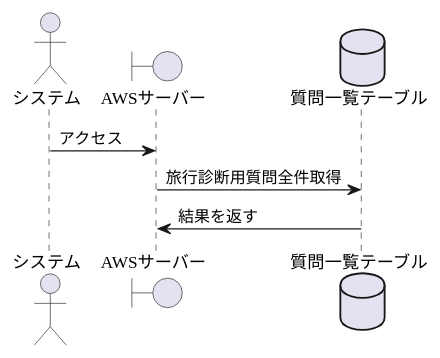
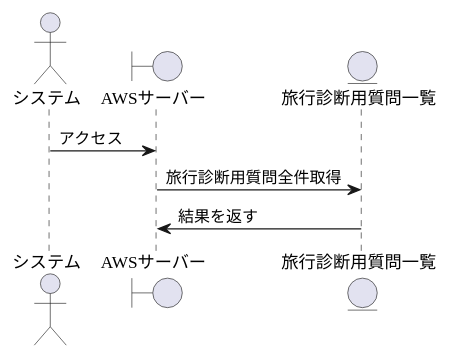
One commit to teamack20172020/sotukenTest changed the diagram in 設計書/シーケンス図/済：システム1：質問一覧をDBから取得する.pu. Above: the diagram before and after it, drawn with PlantUML.

Commit message:
質問一覧をDBから取得するのシーケンス図修正

```diff
--- a/設計書/シーケンス図/済：システム1：質問一覧をDBから取得する.pu
+++ b/設計書/シーケンス図/済：システム1：質問一覧をDBから取得する.pu
@@ -1,13 +1,13 @@
 @startuml
 
 actor システム
 
 boundary AWSサーバー
 
-database 質問一覧テーブル as DB
+entity 旅行診断用質問一覧
 
 システム -> AWSサーバー : アクセス
-AWSサーバー -> DB : 旅行診断用質問全件取得
-AWSサーバー <- DB : 結果を返す
+AWSサーバー -> 旅行診断用質問一覧 : 旅行診断用質問全件取得
+AWSサーバー <- 旅行診断用質問一覧 : 結果を返す
 
 @enduml
```
